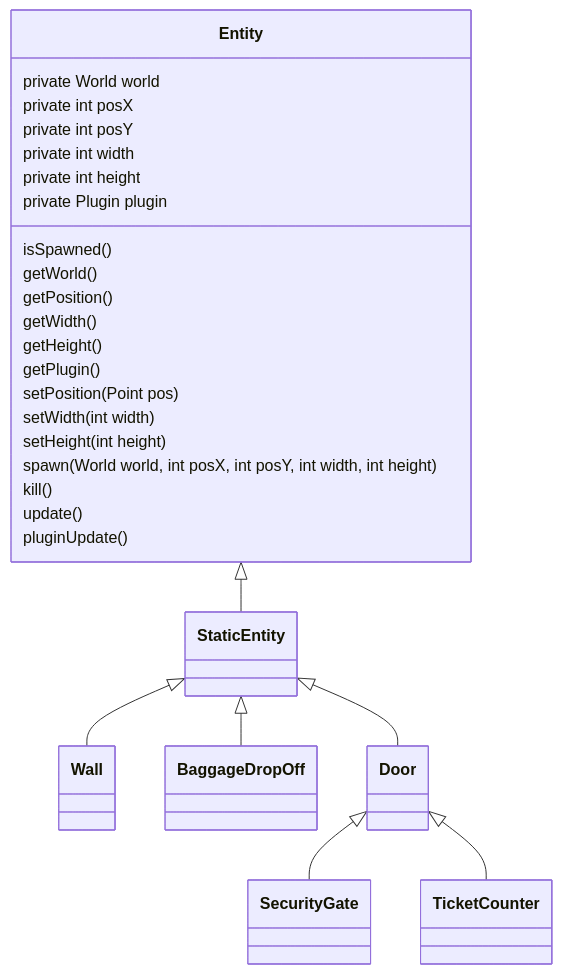
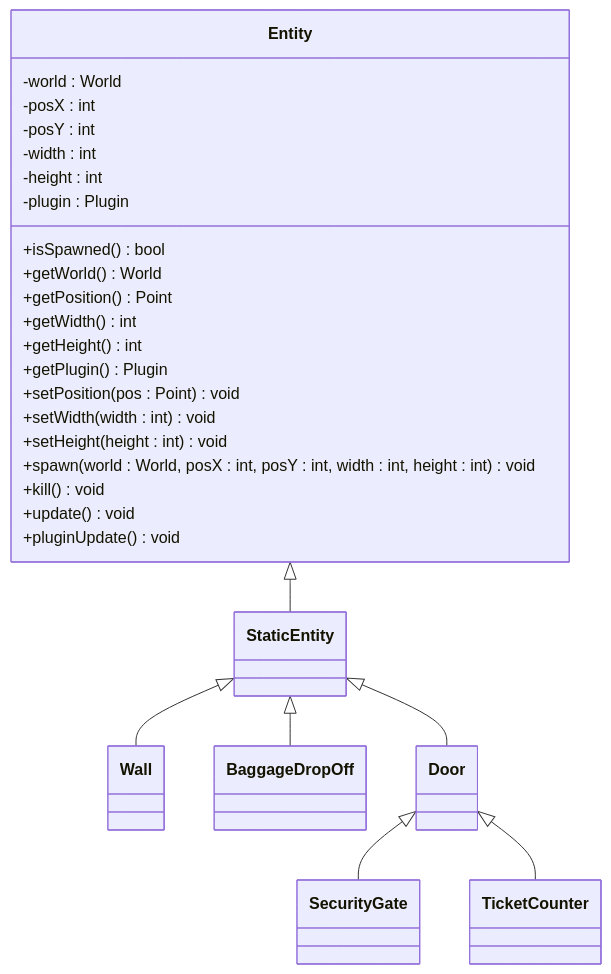
The diagram in README.md (moritzrfs/AirportAgent-Objekte), drawn with Mermaid before and after one commit. The commit also changed other lines of this file, not shown here.

Commit message:
updated class-diagram

````diff
--- a/README.md
+++ b/README.md
@@ -61,29 +65,34 @@
 ```mermaid
 classDiagram
 Entity <|-- StaticEntity 
 StaticEntity <|-- Wall
 StaticEntity <|-- BaggageDropOff
 StaticEntity <|-- Door
 Door <|-- SecurityGate
 Door <|-- TicketCounter
 
-Entity : private World world
-Entity : private int posX
-Entity : private int posY
-Entity : private int width
-Entity : private int height
-Entity : private Plugin plugin
-Entity : isSpawned()
-Entity : getWorld()
-Entity : getPosition()
-Entity : getWidth()
-Entity : getHeight()
-Entity : getPlugin()
-Entity : setPosition(Point pos)
-Entity : setWidth(int width)
-Entity : setHeight(int height)
-Entity : spawn(World world, int posX, int posY, int width, int height)
-Entity : kill()
-Entity : update()
-Entity : pluginUpdate()
+
+
+class Entity{
+  -world : World
+  -posX : int
+  -posY : int
+  -width : int
+  -height : int
+  -plugin : Plugin
+  +isSpawned() bool
+  +getWorld() World
+  +getPosition() Point
+  +getWidth() int
+  +getHeight() int
+  +getPlugin() Plugin
+  +setPosition(pos : Point) void
+  +setWidth(width : int) void
+  +setHeight(height : int) void
+  +spawn(world : World, posX : int, posY : int, width : int, height : int) void
+  +kill() void
+  +update() void
+  +pluginUpdate() void
+}
+
 ```
````
